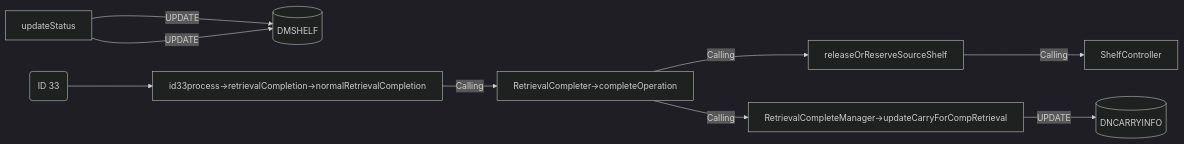
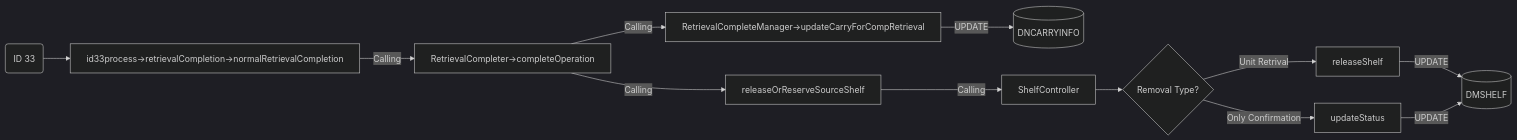
The ninth of 19 diagrams in Basic-Design/DFD-WMS/Retrieval/Specific-Location-Retrieval-Setting.md (luthfiadityaa/SimeDarby-Wiki), drawn with Mermaid (dark theme) before and after one commit.

Commit message:
Updated Specific Location Retrieval Setting

```diff
--- a/Basic-Design/DFD-WMS/Retrieval/Specific-Location-Retrieval-Setting.md
+++ b/Basic-Design/DFD-WMS/Retrieval/Specific-Location-Retrieval-Setting.md
@@ -429,24 +429,25 @@
 ::: mermaid
 flowchart LR
 
 id33("
 ID 33
 ")
 
 id33-update[("
 DMSHELF
 ")]
 
 id33-update2[("
 DNCARRYINFO
 ")]
 
 id33-->P1[id33process→retrievalCompletion→normalRetrievalCompletion]
 P1--> |Calling| P2[RetrievalCompleter→completeOperation]
 P4[releaseOrReserveSourceShelf]
 P5[RetrievalCompleteManager→updateCarryForCompRetrieval]
-P2--> |Calling| P4--> |Calling| P3[ShelfController]
-P6[releaseShelf]--> |UPDATE| id33-update
-P6[updateStatus]--> |UPDATE| id33-update
+P2--> |Calling| P4--> |Calling| P3[ShelfController]-->Cond2
+Cond2{Removal Type?}
+Cond2--> |Unit Retrival| P6[releaseShelf]--> |UPDATE| id33-update
+Cond2--> |Only Confirmation| P7[updateStatus]--> |UPDATE| id33-update
 P2--> |Calling| P5--> |UPDATE| id33-update2
 :::
```
